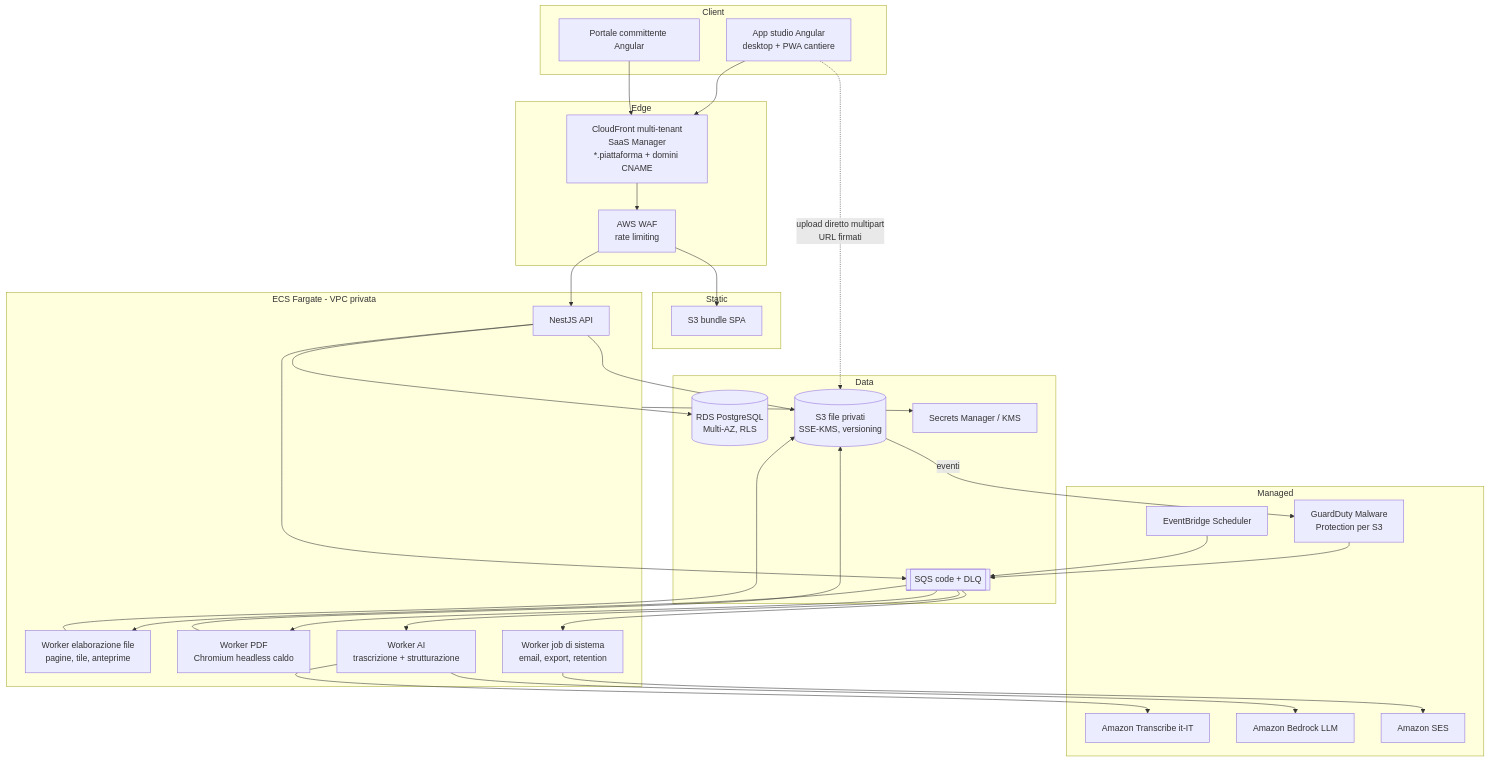
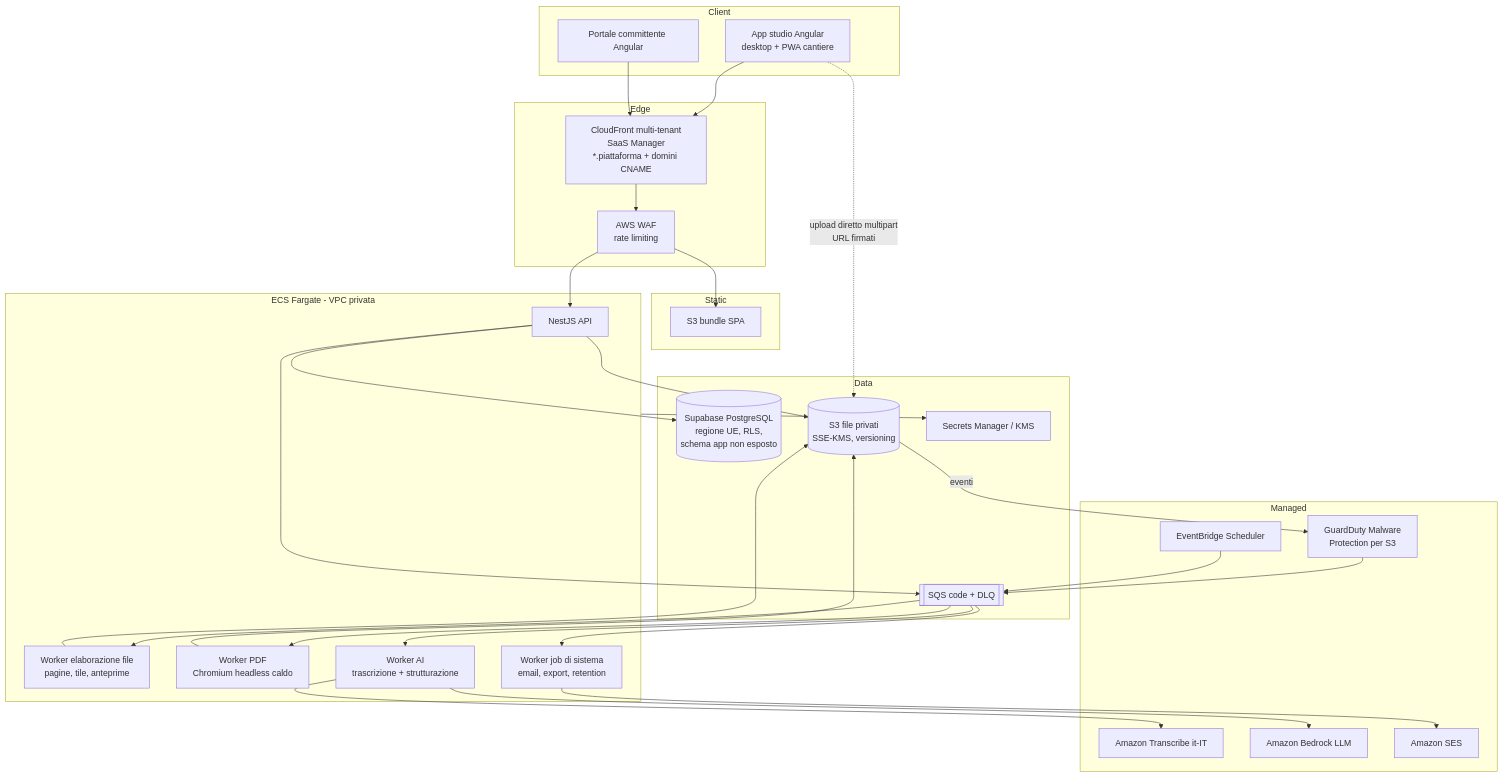
The diagram in docs/afu/14-architettura-riferimento.md (FluxDigitaSoul/Architects-Project-Hub), drawn with Mermaid before and after one commit. The commit also changed other lines of this file and 17 other files, not shown here.

First line of the commit message:
docs(afu): v0.2 SaaS self-service model, business chapter, ADRs and dev roadmap

````diff
--- a/docs/afu/14-architettura-riferimento.md
+++ b/docs/afu/14-architettura-riferimento.md
@@ -26,62 +26,62 @@
 ```mermaid
 flowchart TB
     subgraph Client
         SA[App studio Angular<br/>desktop + PWA cantiere]
         CP[Portale committente Angular]
     end
 
     subgraph Edge
         CF[CloudFront multi-tenant<br/>SaaS Manager<br/>*.piattaforma + domini CNAME]
         WAF[AWS WAF<br/>rate limiting]
     end
 
     subgraph Static
         S3W[S3 bundle SPA]
     end
 
     subgraph Compute[ECS Fargate - VPC privata]
         API[NestJS API]
         WFILE[Worker elaborazione file<br/>pagine, tile, anteprime]
         WPDF[Worker PDF<br/>Chromium headless caldo]
         WAI[Worker AI<br/>trascrizione + strutturazione]
         WJOB[Worker job di sistema<br/>email, export, retention]
     end
 
     subgraph Data
-        PG[(RDS PostgreSQL<br/>Multi-AZ, RLS)]
+        PG[(Supabase PostgreSQL<br/>regione UE, RLS,<br/>schema app non esposto)]
         S3F[(S3 file privati<br/>SSE-KMS, versioning)]
         SQS[[SQS code + DLQ]]
         SM[Secrets Manager / KMS]
     end
 
     subgraph Managed
         TR[Amazon Transcribe it-IT]
         BR[Amazon Bedrock LLM]
         SES[Amazon SES]
         GD[GuardDuty Malware<br/>Protection per S3]
         EBS[EventBridge Scheduler]
     end
 
     SA --> CF
     CP --> CF
     CF --> WAF
     WAF --> S3W
     WAF --> API
     SA -. upload diretto multipart<br/>URL firmati .-> S3F
     API --> PG
     API --> S3F
     API --> SQS
     S3F -- eventi --> GD
     GD --> SQS
     SQS --> WFILE
     SQS --> WPDF
     SQS --> WAI
     SQS --> WJOB
     WAI --> TR
     WAI --> BR
     WJOB --> SES
     EBS --> SQS
     WFILE --> S3F
     WPDF --> S3F
     Compute --> SM
 ```
````
